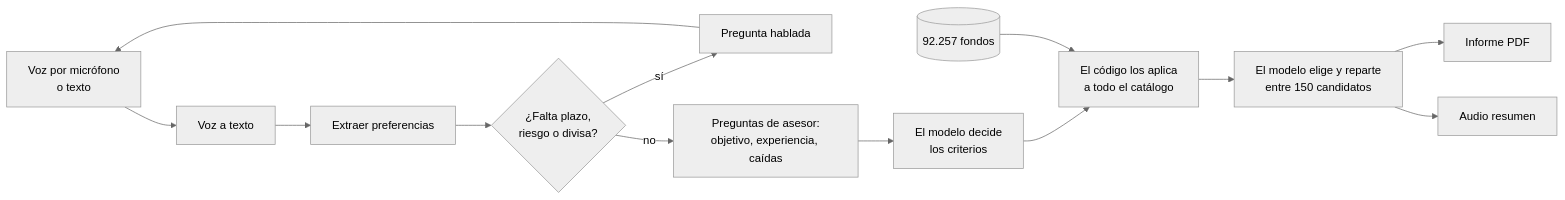
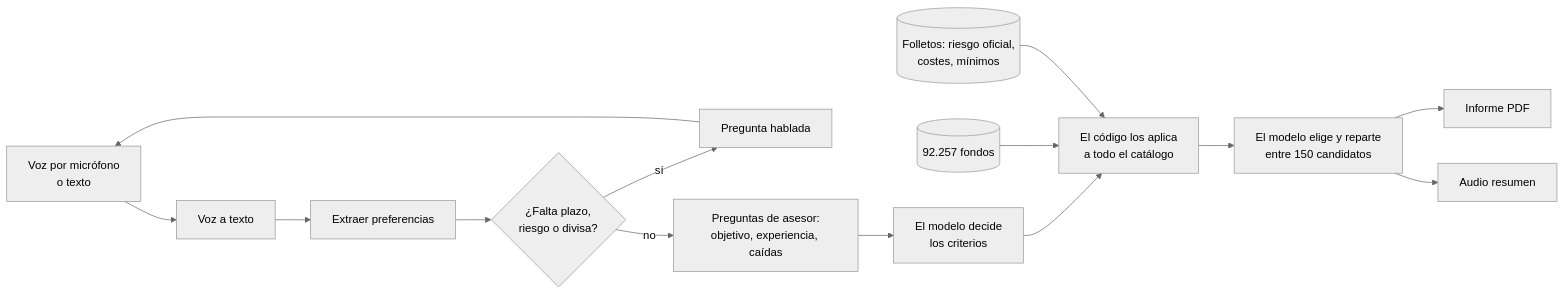
Before and after one commit to NataliaSJO/Taller_B5_T4_Multimodales: the second of 2 diagrams in README.md, drawn with Mermaid (neutral theme). The commit also changed other lines of this file and 20 other files, not shown here.

````diff
--- a/README.md
+++ b/README.md
@@ -127,14 +136,15 @@
 ```mermaid
 flowchart LR
     U[Voz por micrófono<br/>o texto] --> S[Voz a texto]
     S --> E[Extraer preferencias]
     E --> F{¿Falta plazo,<br/>riesgo o divisa?}
     F -- sí --> Q[Pregunta hablada] --> U
     F -- no --> A[Preguntas de asesor:<br/>objetivo, experiencia, caídas]
     A --> C[El modelo decide<br/>los criterios]
     C --> R[El código los aplica<br/>a todo el catálogo]
     D[(92.257 fondos)] --> R
+    K[(Folletos: riesgo oficial,<br/>costes, mínimos)] --> R
     R --> L[El modelo elige y reparte<br/>entre 150 candidatos]
     L --> P[Informe PDF]
     L --> V[Audio resumen]
 ```
````
